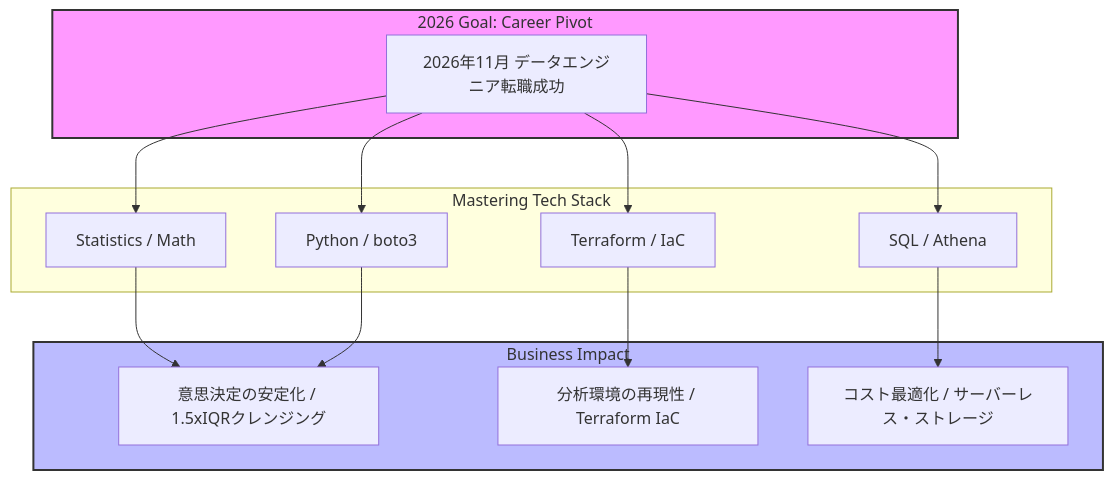
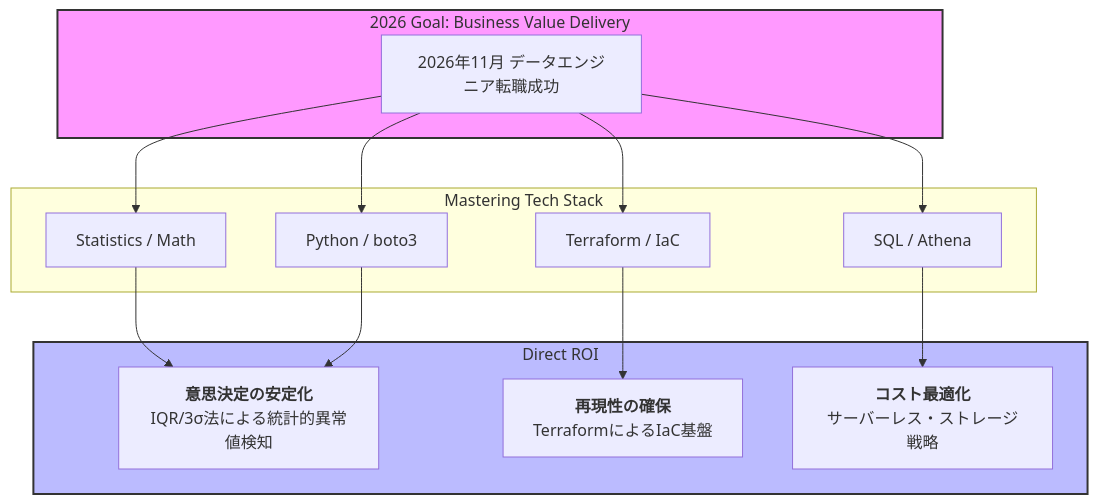
One commit to kou-sato-ds/kou-sato-ds changed the diagram in README.md. Above: the diagram before and after it, drawn with Mermaid. The commit also changed other lines of this file, not shown here.

`````diff
--- a/README.md
+++ b/README.md
@@ -24,27 +21,29 @@
 ```mermaid
+
 graph TD
-    subgraph Goal [2026 Goal: Career Pivot]
+    subgraph Goal [2026 Goal: Business Value Delivery]
         G1[2026年11月 データエンジニア転職成功]
     end
 
     subgraph Tech_Stack [Mastering Tech Stack]
         T1[Python / boto3]
         T2[SQL / Athena]
         T3[Terraform / IaC]
         T4[Statistics / Math]
     end
 
-    subgraph Business_Value [Business Impact]
-        V1[意思決定の安定化 / 1.5xIQRクレンジング]
-        V2[分析環境の再現性 / Terraform IaC]
-        V3[コスト最適化 / サーバーレス・ストレージ]
+    subgraph Business_Value [Direct ROI]
+        V1[<b>意思決定の安定化</b><br/>IQR/3σ法による統計的異常値検知]
+        V2[<b>再現性の確保</b><br/>TerraformによるIaC基盤]
+        V3[<b>コスト最適化</b><br/>サーバーレス・ストレージ戦略]
     end
 
     G1 --> T4 --> V1
     G1 --> T1 --> V1
     G1 --> T3 --> V2
     G1 --> T2 --> V3
 
     style Goal fill:#f9f,stroke:#333,stroke-width:2px
     style Business_Value fill:#bbf,stroke:#333,stroke-width:2px
-```
+
+````
`````
